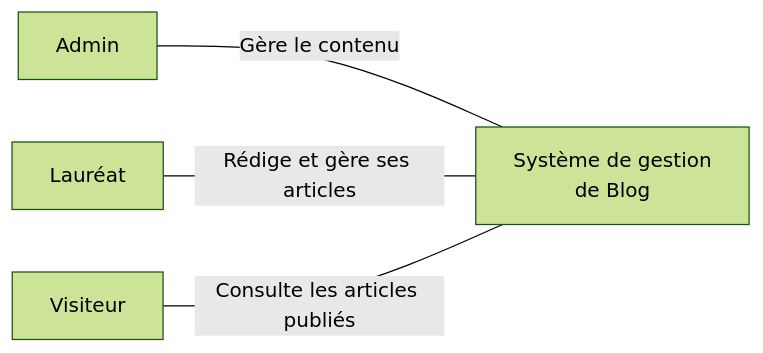
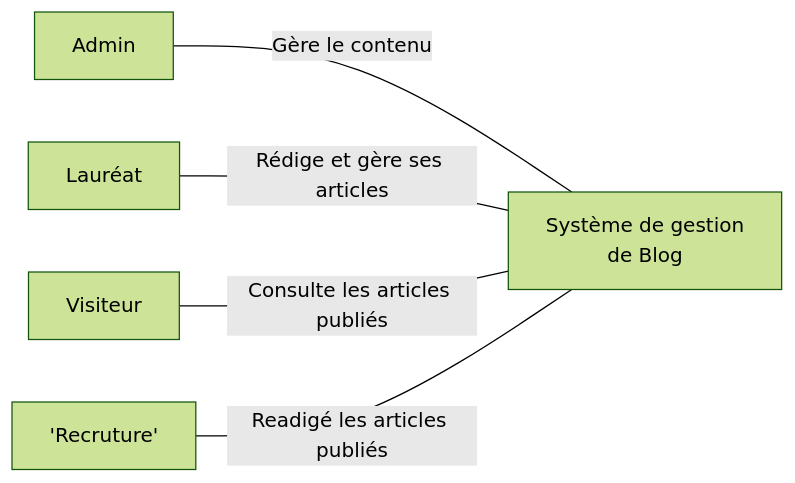
Before and after one commit to mesbahimohammedyassirsolicode-star/DEVCAVE: the diagram in Empathe/diagramdecontext.mmd, drawn with Mermaid (forest theme).

Commit message:
feat: add Recruture role to the blog management flowchart

```diff
--- a/Empathe/diagramdecontext.mmd
+++ b/Empathe/diagramdecontext.mmd
@@ -1,11 +1,13 @@
 
 flowchart LR
     Admin["Admin"]
     Auteur["Lauréat"]
     Visiteur["Visiteur"]
+    Recruture['Recruture']
 
     Blog["Système de gestion<br/>de Blog"]
 
     Admin ---|"Gère le contenu"| Blog
     Auteur ---|"Rédige et gère ses articles"| Blog
     Visiteur ---|"Consulte les articles publiés"| Blog
+    Recruture ---|"Readigé les articles publiés"| Blog
```
